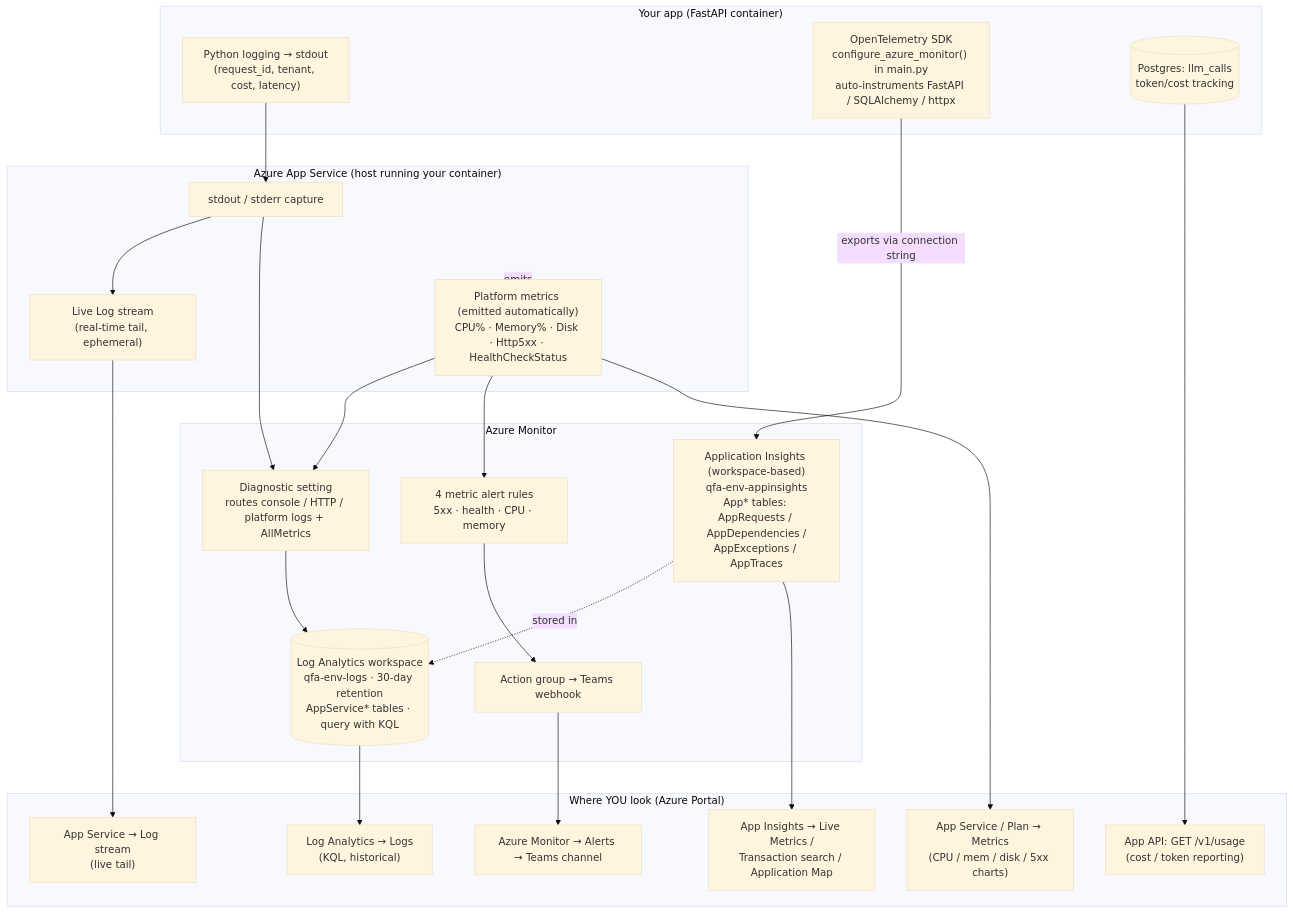
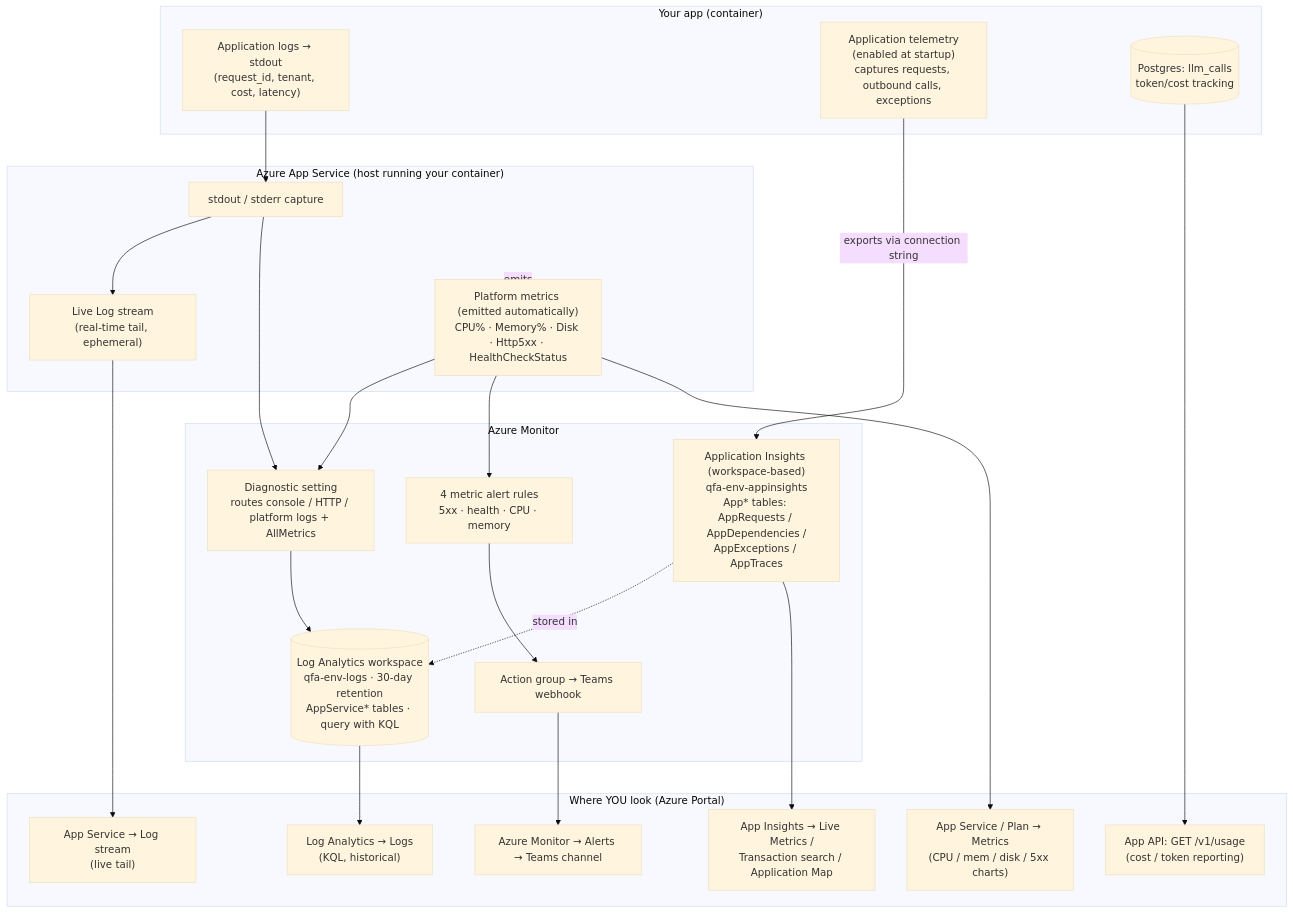
One commit to rodekruis/qualitative-feedback-analysis changed the diagram in docs/operations/observability.md. Above: the diagram before and after it, drawn with Mermaid (base theme). The commit also changed other lines of this file, not shown here.

First line of the commit message:
docs(observability): make App Insights section operator-facing

````diff
--- a/docs/operations/observability.md
+++ b/docs/operations/observability.md
@@ -116,49 +116,49 @@
 ```mermaid
 flowchart TB
-    subgraph app["Your app (FastAPI container)"]
-        py["Python logging → stdout<br/>(request_id, tenant, cost, latency)"]
-        otel["OpenTelemetry SDK<br/>configure_azure_monitor() in main.py<br/>auto-instruments FastAPI / SQLAlchemy / httpx"]
+    subgraph app["Your app (container)"]
+        py["Application logs → stdout<br/>(request_id, tenant, cost, latency)"]
+        otel["Application telemetry<br/>(enabled at startup)<br/>captures requests, outbound calls, exceptions"]
         db[("Postgres: llm_calls<br/>token/cost tracking")]
     end
 
     subgraph host["Azure App Service (host running your container)"]
         stdout_cap["stdout / stderr capture"]
         stream["Live Log stream<br/>(real-time tail, ephemeral)"]
         metrics["Platform metrics (emitted automatically)<br/>CPU% · Memory% · Disk · Http5xx · HealthCheckStatus"]
     end
 
     subgraph mon["Azure Monitor"]
         diag["Diagnostic setting<br/>routes console / HTTP / platform logs + AllMetrics"]
         law[("Log Analytics workspace<br/>qfa-env-logs · 30-day retention<br/>AppService* tables · query with KQL")]
         ai["Application Insights (workspace-based)<br/>qfa-env-appinsights<br/>App* tables: AppRequests / AppDependencies /<br/>AppExceptions / AppTraces"]
         alerts["4 metric alert rules<br/>5xx · health · CPU · memory"]
         ag["Action group → Teams webhook"]
     end
 
     subgraph see["Where YOU look (Azure Portal)"]
         portal_stream["App Service → Log stream<br/>(live tail)"]
         portal_logs["Log Analytics → Logs<br/>(KQL, historical)"]
         portal_metrics["App Service / Plan → Metrics<br/>(CPU / mem / disk / 5xx charts)"]
         portal_ai["App Insights → Live Metrics /<br/>Transaction search / Application Map"]
         portal_alerts["Azure Monitor → Alerts → Teams channel"]
         usage["App API: GET /v1/usage<br/>(cost / token reporting)"]
     end
 
     py --> stdout_cap
     stdout_cap --> stream
     stdout_cap --> diag
     stream --> portal_stream
     host -.emits.-> metrics
     metrics --> diag
     metrics --> alerts
     metrics --> portal_metrics
     diag --> law
     law --> portal_logs
 
     otel -->|"exports via connection string"| ai
     ai -.stored in.-> law
     ai --> portal_ai
 
     alerts --> ag --> portal_alerts
     db --> usage
 ```
````
